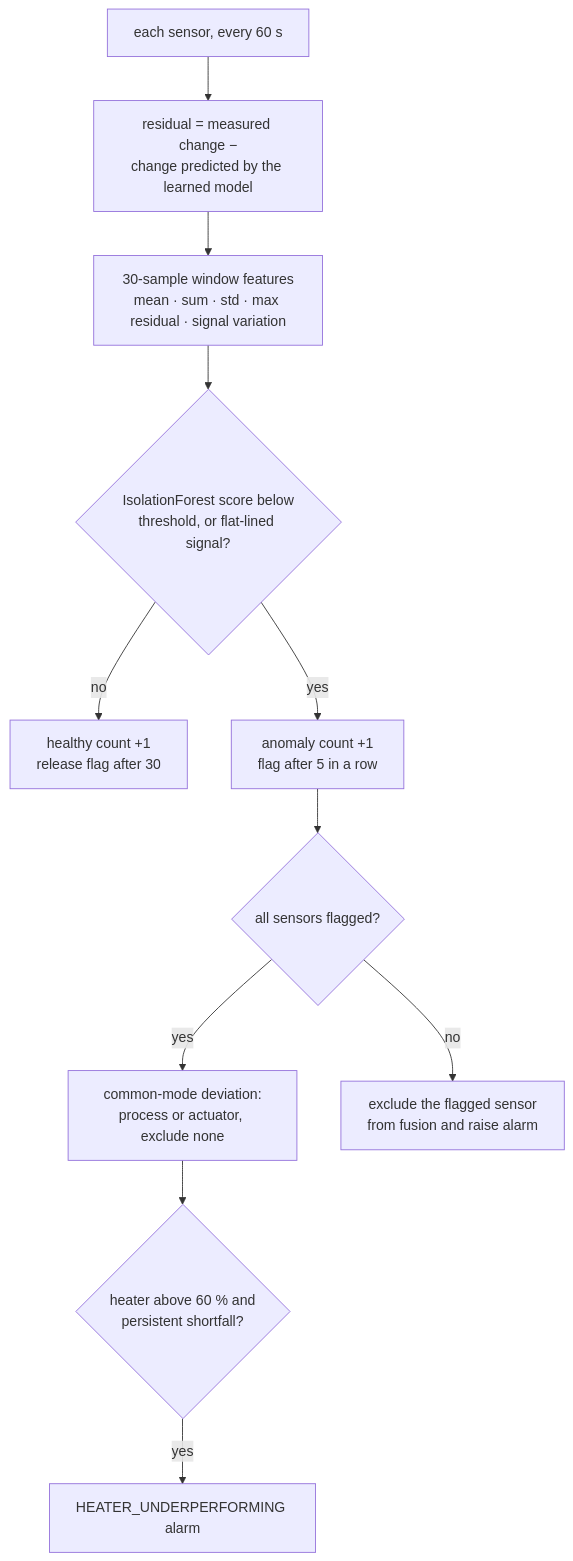
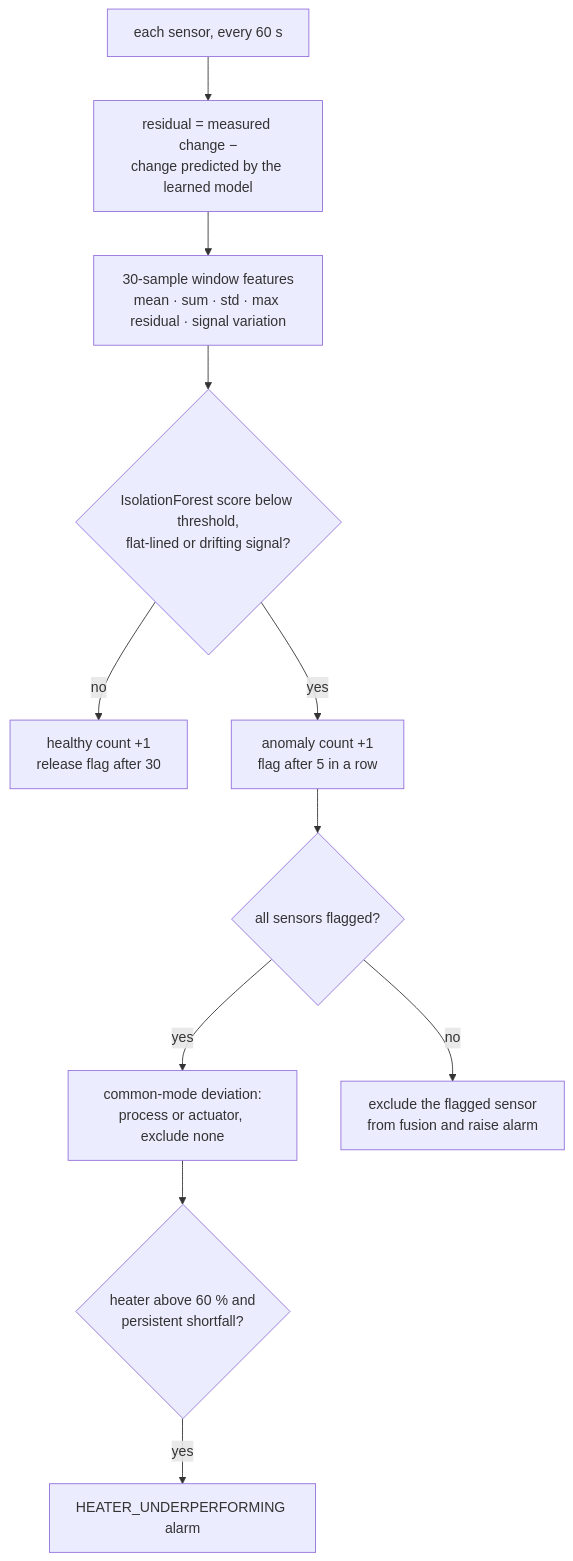
The ninth of 12 diagrams in README.md (basheeraltawil/Temperature-control-using-fuzzy-logic), drawn with Mermaid before and after one commit. The commit also changed other lines of this file and 71 other files, not shown here.

````diff
--- a/README.md
+++ b/README.md
@@ -309,13 +322,13 @@
 ```mermaid
 flowchart TD
   X["each sensor, every 60 s"] --> RES["residual = measured change −<br/>change predicted by the learned model"]
   RES --> WIN["30-sample window features<br/>mean · sum · std · max residual · signal variation"]
-  WIN --> SC{"IsolationForest score below<br/>threshold, or flat-lined signal?"}
+  WIN --> SC{"IsolationForest score below threshold,<br/>flat-lined or drifting signal?"}
   SC -- "no" --> OK["healthy count +1<br/>release flag after 30"]
   SC -- "yes" --> CNT["anomaly count +1<br/>flag after 5 in a row"]
   CNT --> ALL{"all sensors flagged?"}
   ALL -- "yes" --> CM["common-mode deviation:<br/>process or actuator, exclude none"]
   ALL -- "no" --> EXC["exclude the flagged sensor<br/>from fusion and raise alarm"]
   CM --> HT{"heater above 60 % and<br/>persistent shortfall?"}
   HT -- "yes" --> HA["HEATER_UNDERPERFORMING alarm"]
 ```
````
